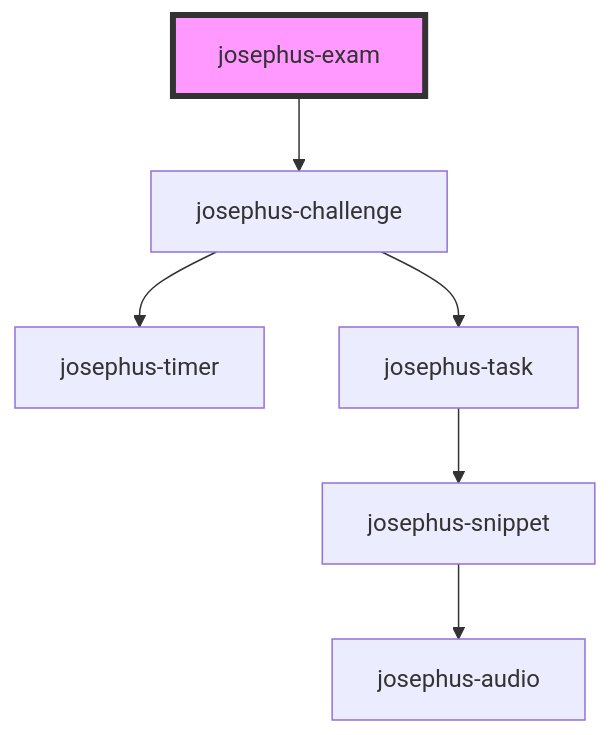
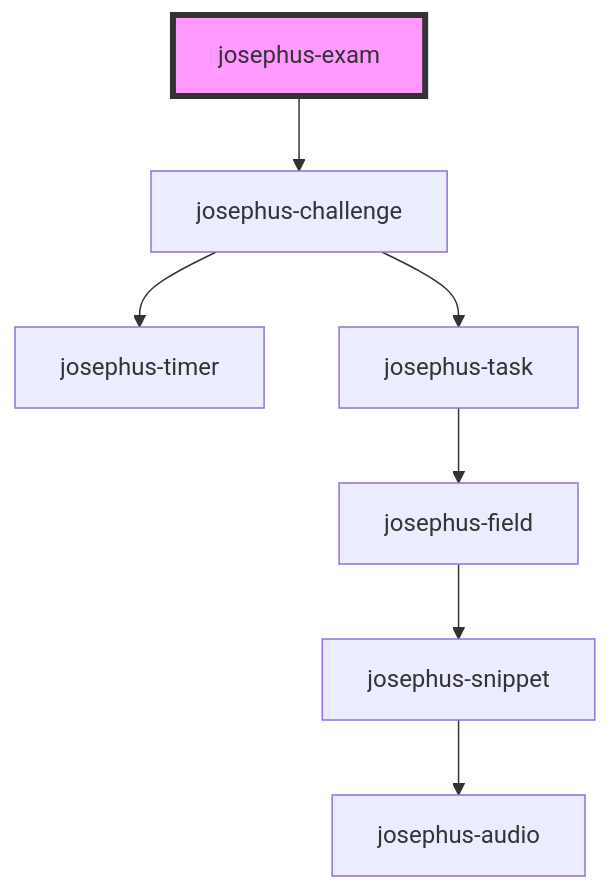
Before and after one commit to Koninklijk-Conservatorium/Josephus: the diagram in src/components/josephus-exam/readme.md, drawn with Mermaid. The commit also changed 11 other files, not shown here.

````diff
--- a/src/components/josephus-exam/readme.md
+++ b/src/components/josephus-exam/readme.md
@@ -22,9 +22,10 @@
 ```mermaid
 graph TD;
   josephus-exam --> josephus-challenge
   josephus-challenge --> josephus-timer
   josephus-challenge --> josephus-task
-  josephus-task --> josephus-snippet
+  josephus-task --> josephus-field
+  josephus-field --> josephus-snippet
   josephus-snippet --> josephus-audio
   style josephus-exam fill:#f9f,stroke:#333,stroke-width:4px
 ```
````
